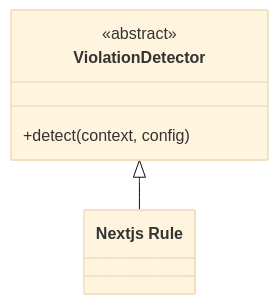
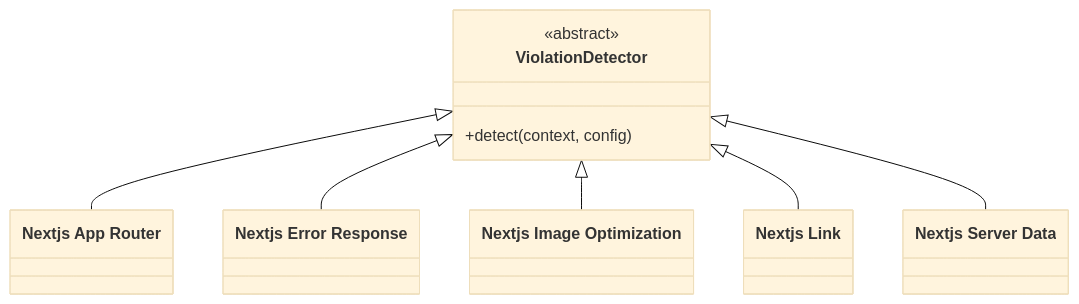
The second of 4 diagrams in docs/user-guide/frameworks/nextjs.md (Anselmoo/mcp-zen-of-languages), drawn with Mermaid before and after one commit. The commit also changed other lines of this file and 41 other files, not shown here.

````diff
--- a/docs/user-guide/frameworks/nextjs.md
+++ b/docs/user-guide/frameworks/nextjs.md
@@ -134,11 +161,19 @@
     ```mermaid
     %%{init: {"theme": "base"}}%%
     classDiagram
         direction TB
         class ViolationDetector {
             <<abstract>>
             +detect(context, config)
         }
-        class det_01["Nextjs Rule"]
+        class det_01["Nextjs App Router"]
         ViolationDetector <|-- det_01
+        class det_02["Nextjs Error Response"]
+        ViolationDetector <|-- det_02
+        class det_03["Nextjs Image Optimization"]
+        ViolationDetector <|-- det_03
+        class det_04["Nextjs Link"]
+        ViolationDetector <|-- det_04
+        class det_05["Nextjs Server Data"]
+        ViolationDetector <|-- det_05
     ```
````
